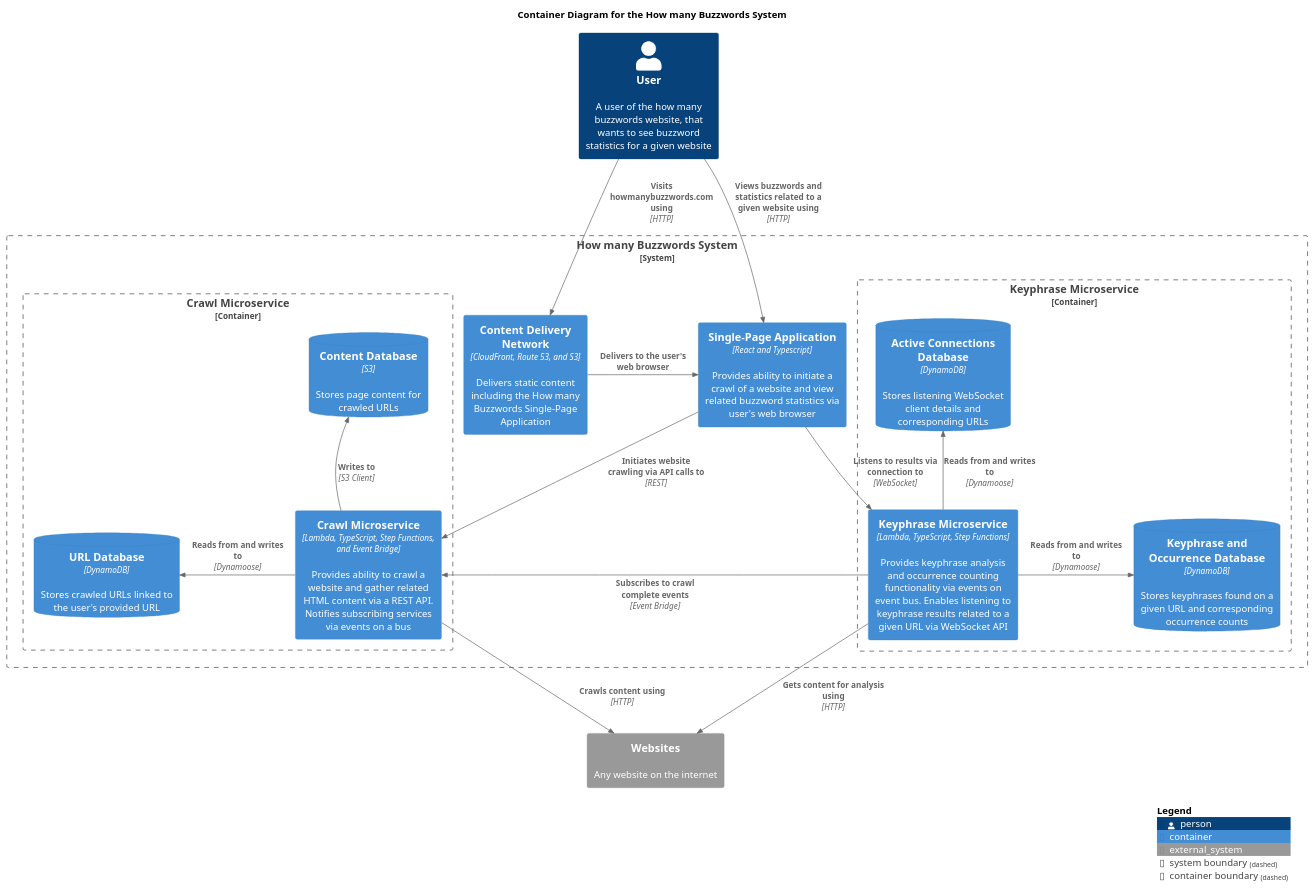
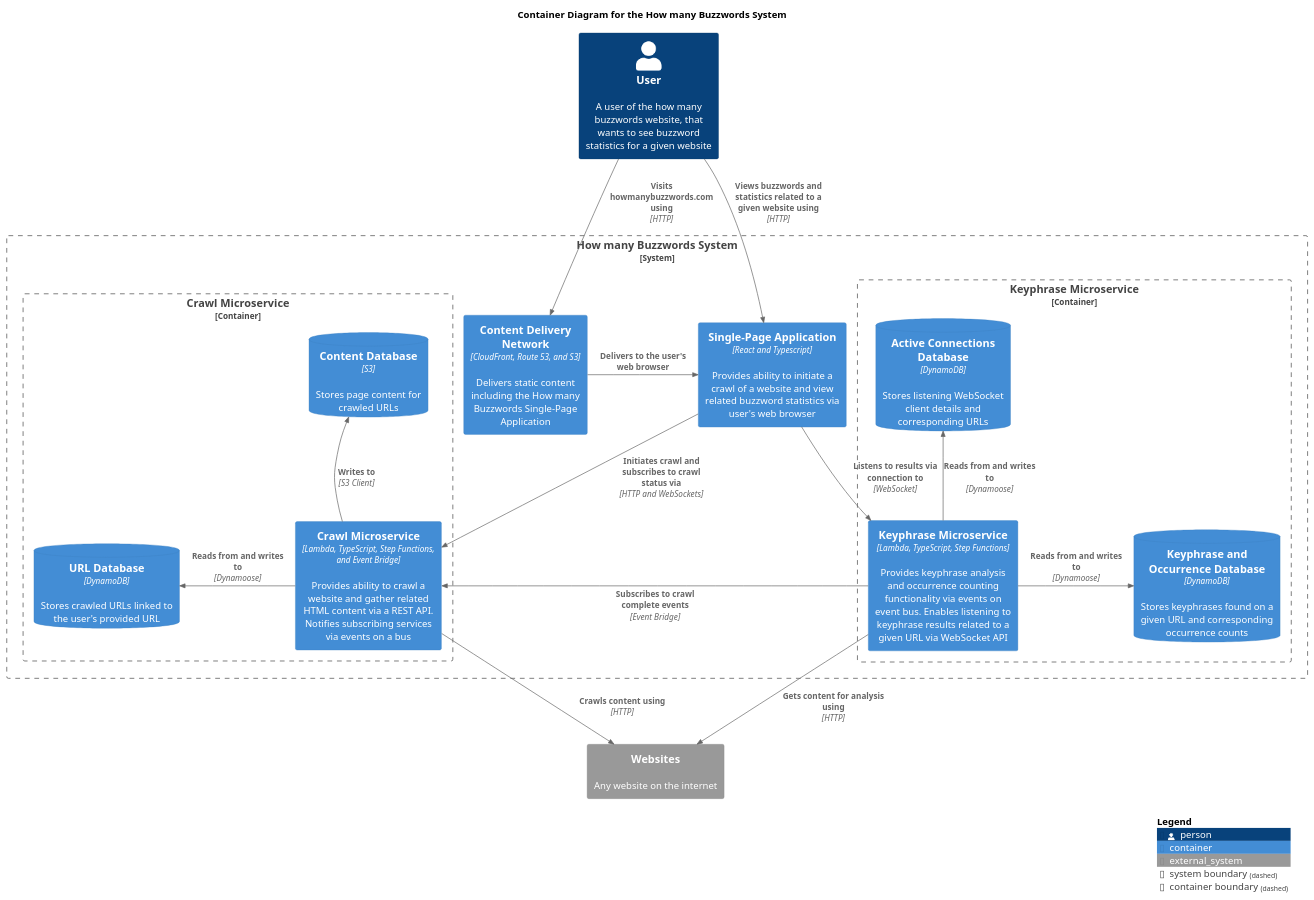
Before and after one commit to ashley-evans/how-many-buzzwords: the diagram in docs/c4-diagrams/buzzword-c4-container.puml, drawn with PlantUML.

Commit message:
Update buzzword-c4-container to match graphql wording changes in crawl c4 component diagram

```diff
--- a/docs/c4-diagrams/buzzword-c4-container.puml
+++ b/docs/c4-diagrams/buzzword-c4-container.puml
@@ -1,46 +1,46 @@
 @startuml Buzzword C4 Container Diagram
 
 !include https://raw.githubusercontent.com/plantuml-stdlib/C4-PlantUML/master/C4_Container.puml
 
 title Container Diagram for the How many Buzzwords System
 
 Person(user, "User", "A user of the how many buzzwords website, that wants to see buzzword statistics for a given website")
 System_Boundary(buzzword_system, "How many Buzzwords System") {
     Container(content_delivery_network, "Content Delivery Network", "CloudFront, Route 53, and S3", $descr="Delivers static content including the How many Buzzwords Single-Page Application")
     Container(single_page_application, "Single-Page Application", "React and Typescript", $descr="Provides ability to initiate a crawl of a website and view related buzzword statistics via user's web browser")
 
     Container_Boundary(crawl_microservice_boundary, "Crawl Microservice") {
         Container(crawl_microservice, "Crawl Microservice", "Lambda, TypeScript, Step Functions, and Event Bridge", $descr="Provides ability to crawl a website and gather related HTML content via a REST API. Notifies subscribing services via events on a bus")
         ContainerDb(crawl_url_db, "URL Database", "DynamoDB", $descr="Stores crawled URLs linked to the user's provided URL")
         ContainerDb(crawl_content_db, "Content Database", "S3", $descr="Stores page content for crawled URLs")
     }
 
     Container_Boundary(keyphrase_microservice_boundary, "Keyphrase Microservice") {
         Container(keyphrase_microservice, "Keyphrase Microservice", "Lambda, TypeScript, Step Functions", "Provides keyphrase analysis and occurrence counting functionality via events on event bus. Enables listening to keyphrase results related to a given URL via WebSocket API")
         ContainerDb(keyphrase_db, "Keyphrase and Occurrence Database", "DynamoDB", "Stores keyphrases found on a given URL and corresponding occurrence counts")
         ContainerDb(active_connections_db, "Active Connections Database", "DynamoDB", "Stores listening WebSocket client details and corresponding URLs")
     }
 }
 
 System_Ext(websites, "Websites", "Any website on the internet")
 
 Rel(user, content_delivery_network, "Visits howmanybuzzwords.com using", "HTTP")
 Rel(user, single_page_application, "Views buzzwords and statistics related to a given website using", "HTTP")
 
 Rel_R(content_delivery_network, single_page_application, "Delivers to the user's web browser")
 
-Rel(single_page_application, crawl_microservice, "Initiates website crawling via API calls to", "REST")
+Rel(single_page_application, crawl_microservice, "Initiates crawl and subscribes to crawl status via", "HTTP and WebSockets")
 Rel(single_page_application, keyphrase_microservice, "Listens to results via connection to", "WebSocket")
 
 Rel_L(crawl_microservice, crawl_url_db, "Reads from and writes to", "Dynamoose")
 Rel_U(crawl_microservice, crawl_content_db, "Writes to", "S3 Client")
 Rel(crawl_microservice, websites, "Crawls content using", "HTTP")
 
 Rel_R(keyphrase_microservice, keyphrase_db, "Reads from and writes to", "Dynamoose")
 Rel_U(keyphrase_microservice, active_connections_db, "Reads from and writes to", "Dynamoose")
 Rel_L(keyphrase_microservice, crawl_microservice, "Subscribes to crawl complete events", "Event Bridge")
 Rel(keyphrase_microservice, websites, "Gets content for analysis using", "HTTP")
 
 SHOW_LEGEND()
 
 @enduml
```
